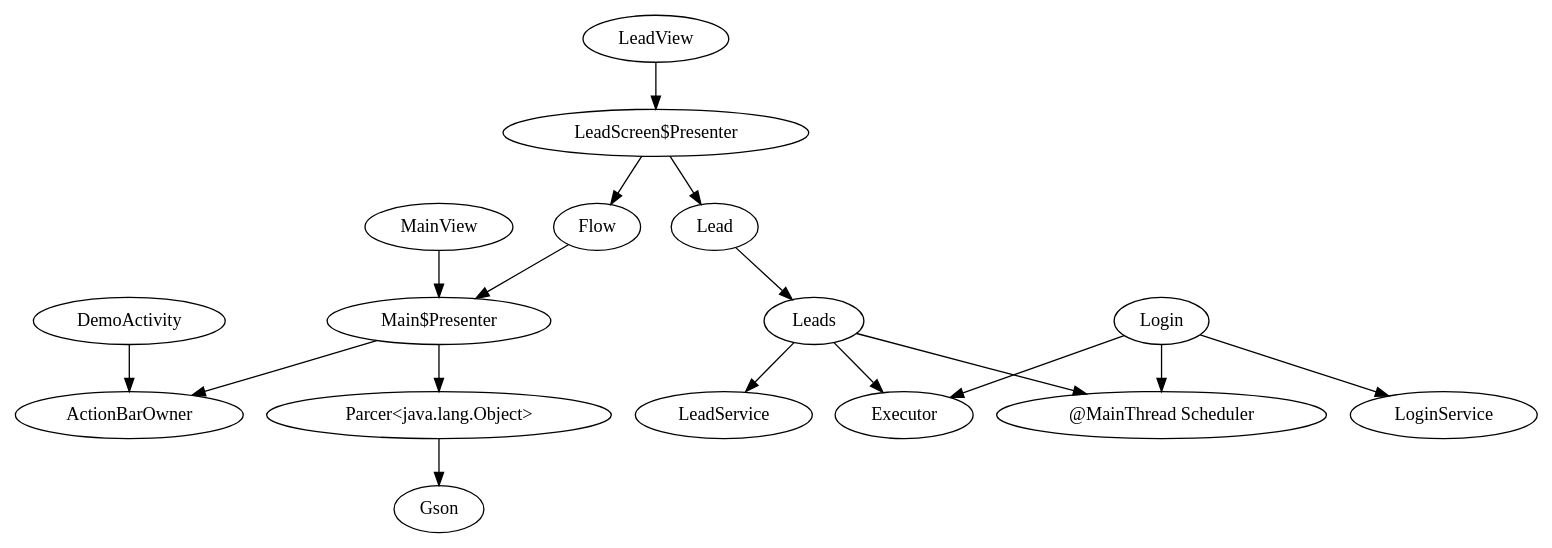
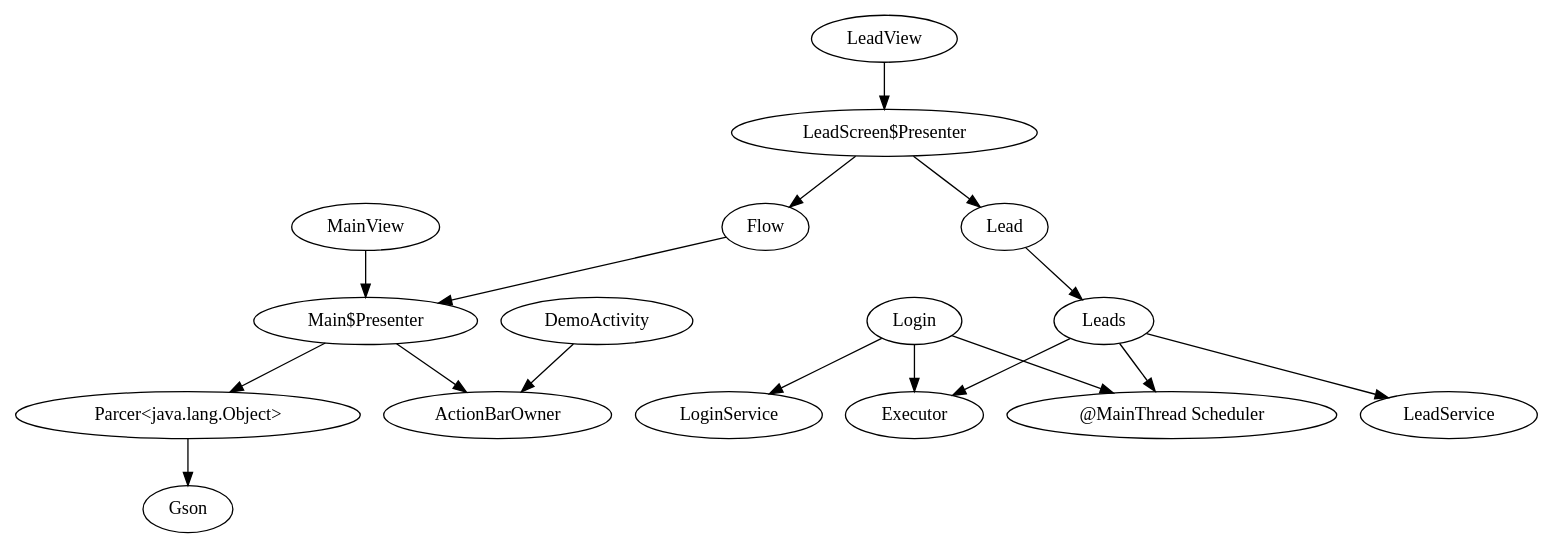
One commit to ganesansays/Topaz-Mortar changed the diagram in target/generated-sources/annotations/com/example/mortar/screen/LeadScreen.Module.dot. Above: the diagram before and after it, drawn with Graphviz. The commit also changed other lines of this file and 14 other files, not shown here.

Commit message:
One flow done with regular ui

```diff
--- a/target/generated-sources/annotations/com/example/mortar/screen/LeadScreen.Module.dot
+++ b/target/generated-sources/annotations/com/example/mortar/screen/LeadScreen.Module.dot
@@ -1,23 +1,23 @@
 digraph G1 {
   concentrate = true;
   DemoActivity -> ActionBarOwner;
   n2 [label="Main$Presenter"];
   Flow -> n2;
   Lead -> Leads;
   n3 [label="LeadScreen$Presenter"];
   n3 -> Lead;
   n3 -> Flow;
   LeadView -> n3;
+  n4 [label="@MainThread Scheduler"];
+  Leads -> n4;
   Leads -> LeadService;
   Leads -> Executor;
-  n4 [label="@MainThread Scheduler"];
-  Leads -> n4;
   Login -> LoginService;
+  Login -> n4;
   Login -> Executor;
-  Login -> n4;
   n2 -> ActionBarOwner;
   n5 [label="Parcer<java.lang.Object>"];
   n2 -> n5;
   MainView -> n2;
   n5 -> Gson;
 }
```
